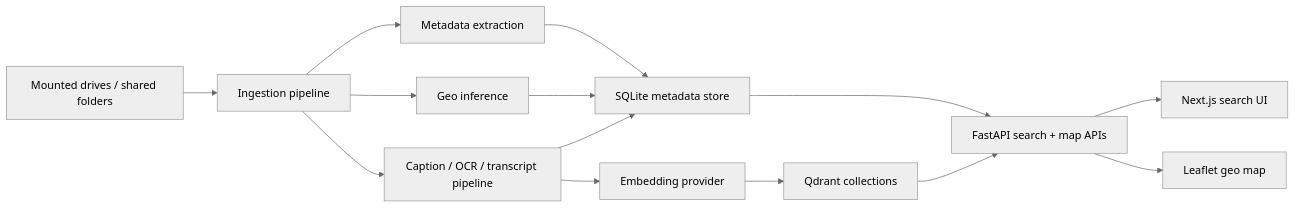
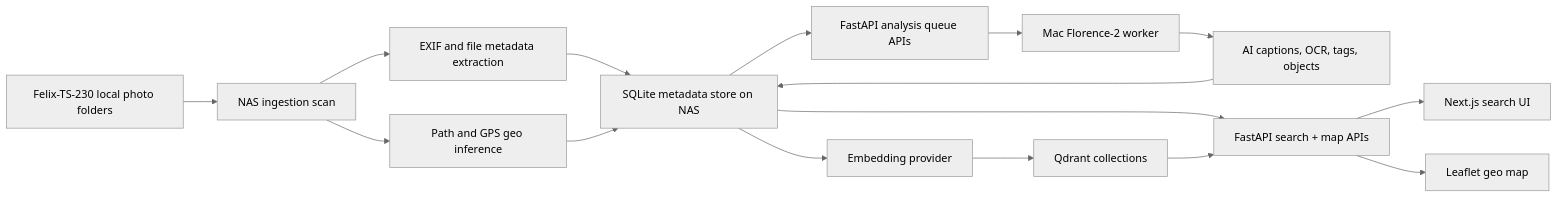
Before and after one commit to FelixLee888/PhotoHunting: the first of 2 diagrams in README.md, drawn with Mermaid (neutral theme). The commit also changed other lines of this file and 41 other files, not shown here.

Commit message:
Add AI analysis pipeline and trip browsing improvements

````diff
--- a/README.md
+++ b/README.md
@@ -16,16 +23,18 @@
 ```mermaid
 flowchart LR
-    A["Mounted drives / shared folders"] --> B["Ingestion pipeline"]
-    B --> C["Metadata extraction"]
-    B --> D["Geo inference"]
-    B --> E["Caption / OCR / transcript pipeline"]
-    C --> F["SQLite metadata store"]
-    D --> F
-    E --> F
-    E --> G["Embedding provider"]
-    G --> H["Qdrant collections"]
-    F --> I["FastAPI search + map APIs"]
-    H --> I
-    I --> J["Next.js search UI"]
-    I --> K["Leaflet geo map"]
+    A["Felix-TS-230 local photo folders"] --> B["NAS ingestion scan"]
+    B --> C["EXIF and file metadata extraction"]
+    B --> D["Path and GPS geo inference"]
+    C --> E["SQLite metadata store on NAS"]
+    D --> E
+    E --> F["FastAPI analysis queue APIs"]
+    F --> G["Mac Florence-2 worker"]
+    G --> H["AI captions, OCR, tags, objects"]
+    H --> E
+    E --> I["Embedding provider"]
+    I --> J["Qdrant collections"]
+    E --> K["FastAPI search + map APIs"]
+    J --> K
+    K --> L["Next.js search UI"]
+    K --> M["Leaflet geo map"]
 ```
````
